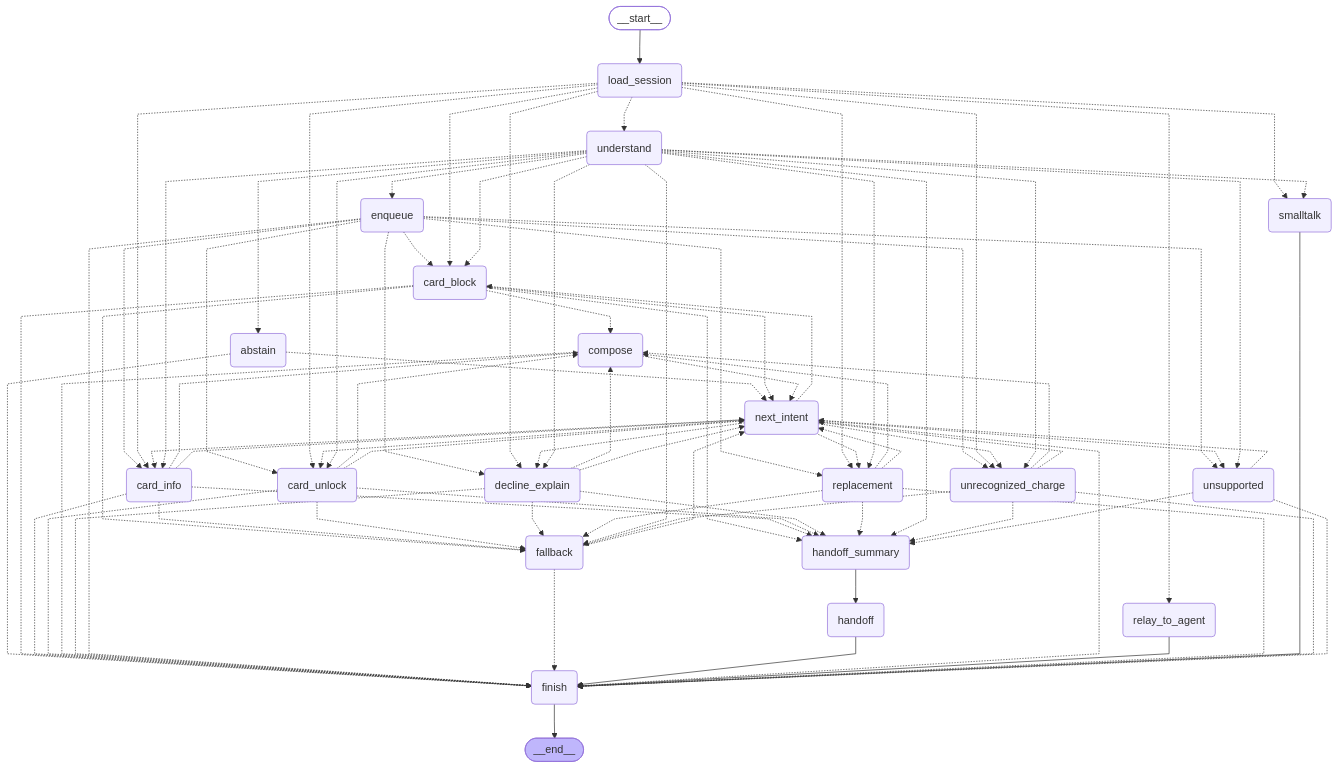
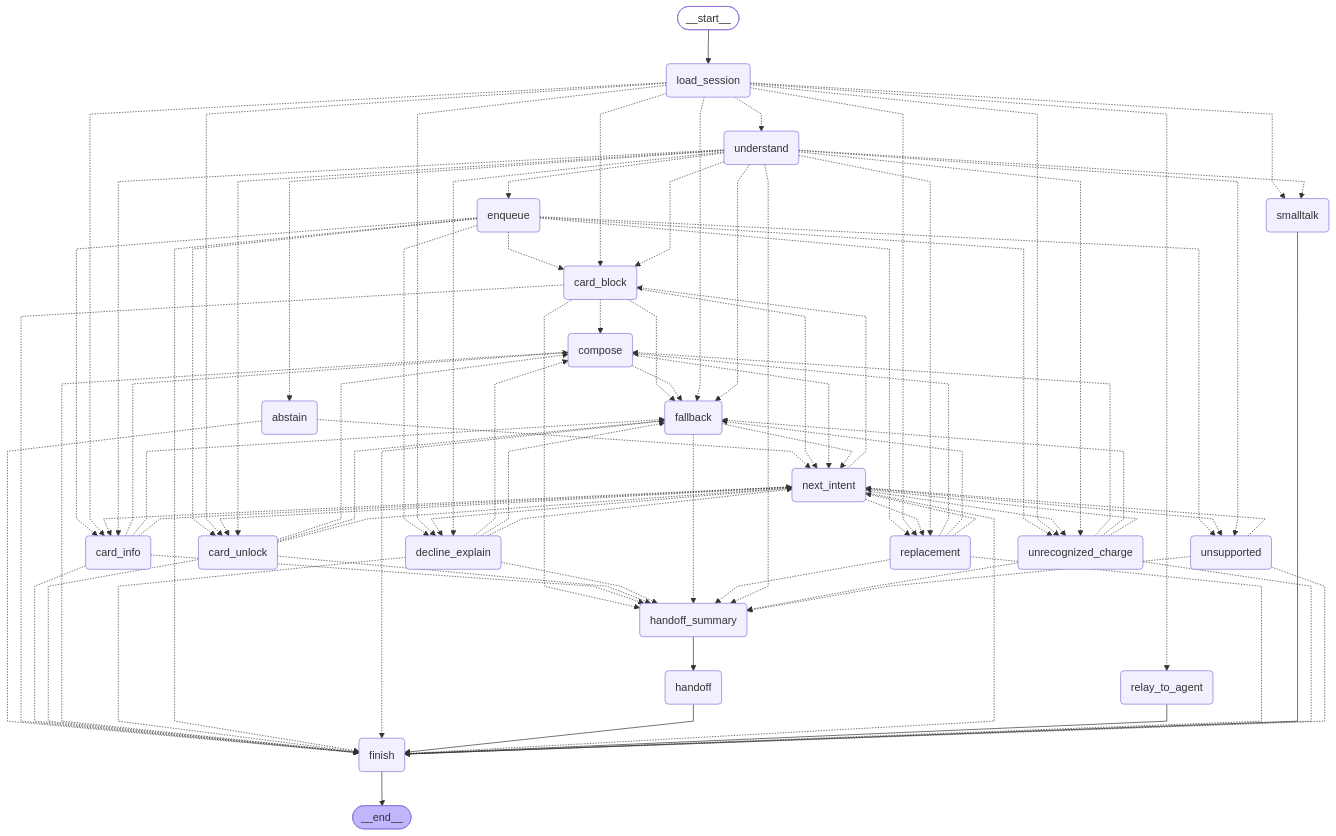
The diagram in docs/diagrams/turn-graph-v0.mmd (YhBedoya/factored-hackathon-2026-inferencia-aplicada), drawn with Mermaid before and after one commit. The commit also changed 86 other files, not shown here.

```diff
--- a/docs/diagrams/turn-graph-v0.mmd
+++ b/docs/diagrams/turn-graph-v0.mmd
@@ -1,112 +1,115 @@
 ---
 config:
   flowchart:
     curve: linear
 ---
 graph TD;
 	__start__([<p>__start__</p>]):::first
 	load_session(load_session)
 	understand(understand)
 	smalltalk(smalltalk)
 	enqueue(enqueue)
 	card_info(card_info)
 	card_block(card_block)
 	card_unlock(card_unlock)
 	replacement(replacement)
 	unrecognized_charge(unrecognized_charge)
 	decline_explain(decline_explain)
 	unsupported(unsupported)
 	fallback(fallback)
 	compose(compose)
 	next_intent(next_intent)
 	finish(finish)
 	abstain(abstain)
 	handoff_summary(handoff_summary)
 	handoff(handoff)
 	relay_to_agent(relay_to_agent)
 	__end__([<p>__end__</p>]):::last
 	__start__ --> load_session;
 	abstain -.-> finish;
 	abstain -.-> next_intent;
 	card_block -.-> compose;
 	card_block -.-> fallback;
 	card_block -.-> finish;
 	card_block -.-> handoff_summary;
 	card_block -.-> next_intent;
 	card_info -.-> compose;
 	card_info -.-> fallback;
 	card_info -.-> finish;
 	card_info -.-> handoff_summary;
 	card_info -.-> next_intent;
 	card_unlock -.-> compose;
 	card_unlock -.-> fallback;
 	card_unlock -.-> finish;
 	card_unlock -.-> handoff_summary;
 	card_unlock -.-> next_intent;
+	compose -.-> fallback;
 	compose -.-> finish;
 	compose -.-> next_intent;
 	decline_explain -.-> compose;
 	decline_explain -.-> fallback;
 	decline_explain -.-> finish;
 	decline_explain -.-> handoff_summary;
 	decline_explain -.-> next_intent;
 	enqueue -.-> card_block;
 	enqueue -.-> card_info;
 	enqueue -.-> card_unlock;
 	enqueue -.-> decline_explain;
 	enqueue -.-> finish;
 	enqueue -.-> replacement;
 	enqueue -.-> unrecognized_charge;
 	enqueue -.-> unsupported;
 	fallback -.-> finish;
+	fallback -.-> handoff_summary;
 	fallback -.-> next_intent;
 	handoff --> finish;
 	handoff_summary --> handoff;
 	load_session -.-> card_block;
 	load_session -.-> card_info;
 	load_session -.-> card_unlock;
 	load_session -.-> decline_explain;
+	load_session -.-> fallback;
 	load_session -.-> relay_to_agent;
 	load_session -.-> replacement;
 	load_session -.-> smalltalk;
 	load_session -.-> understand;
 	load_session -.-> unrecognized_charge;
 	next_intent -.-> card_block;
 	next_intent -.-> card_info;
 	next_intent -.-> card_unlock;
 	next_intent -.-> decline_explain;
 	next_intent -.-> finish;
 	next_intent -.-> replacement;
 	next_intent -.-> unrecognized_charge;
 	next_intent -.-> unsupported;
 	relay_to_agent --> finish;
 	replacement -.-> compose;
 	replacement -.-> fallback;
 	replacement -.-> finish;
 	replacement -.-> handoff_summary;
 	replacement -.-> next_intent;
 	smalltalk --> finish;
 	understand -.-> abstain;
 	understand -.-> card_block;
 	understand -.-> card_info;
 	understand -.-> card_unlock;
 	understand -.-> decline_explain;
 	understand -.-> enqueue;
 	understand -.-> fallback;
 	understand -.-> handoff_summary;
 	understand -.-> replacement;
 	understand -.-> smalltalk;
 	understand -.-> unrecognized_charge;
 	understand -.-> unsupported;
 	unrecognized_charge -.-> compose;
 	unrecognized_charge -.-> fallback;
 	unrecognized_charge -.-> finish;
 	unrecognized_charge -.-> handoff_summary;
 	unrecognized_charge -.-> next_intent;
 	unsupported -.-> finish;
 	unsupported -.-> handoff_summary;
 	unsupported -.-> next_intent;
 	finish --> __end__;
 	classDef default fill:#f2f0ff,line-height:1.2
 	classDef first fill-opacity:0
 	classDef last fill:#bfb6fc
```
